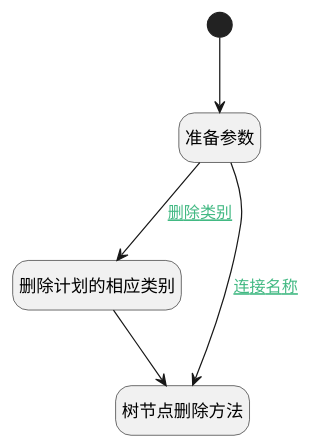
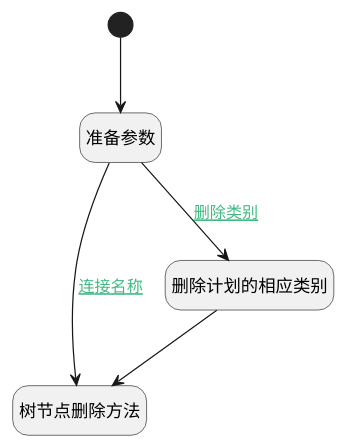
The diagram in doc/docsify/module/ProdMgmt/customer/uilogic/remove_section_or_category.md (iBizLab/plm), drawn with PlantUML before and after one commit. The commit also changed other lines of this file and 1276 other files, not shown here.

````diff
--- a/doc/docsify/module/ProdMgmt/customer/uilogic/remove_section_or_category.md
+++ b/doc/docsify/module/ProdMgmt/customer/uilogic/remove_section_or_category.md
@@ -7,24 +7,24 @@
 ```plantuml
 @startuml
 hide footbox
 <style>
 root {
   HyperlinkColor #42b983
 }
 </style>
 
 hide empty description
 state "开始" as Begin <<start>> [[$./remove_section_or_category#begin {开始}]]
-state "删除计划的相应类别" as DEACTION1  [[$./remove_section_or_category#deaction1 {删除计划的相应类别}]]
 state "树节点删除方法" as VIEWCTRLINVOKE1  [[$./remove_section_or_category#viewctrlinvoke1 {树节点删除方法}]]
 state "准备参数" as PREPAREJSPARAM1  [[$./remove_section_or_category#preparejsparam1 {准备参数}]]
+state "删除计划的相应类别" as DEACTION1  [[$./remove_section_or_category#deaction1 {删除计划的相应类别}]]
 
 
 Begin --> PREPAREJSPARAM1
 PREPAREJSPARAM1 --> DEACTION1 : [[$./remove_section_or_category#preparejsparam1-deaction1{删除类别} 删除类别]]
 DEACTION1 --> VIEWCTRLINVOKE1
 PREPAREJSPARAM1 --> VIEWCTRLINVOKE1 : [[$./remove_section_or_category#preparejsparam1-viewctrlinvoke1{连接名称} 连接名称]]
 
 
 @enduml
 ```
````
